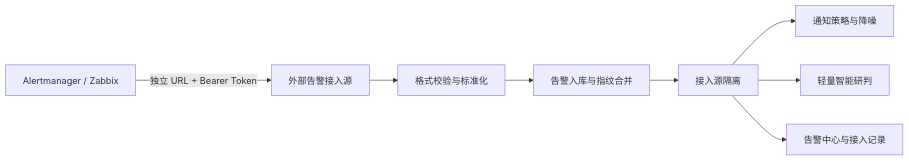
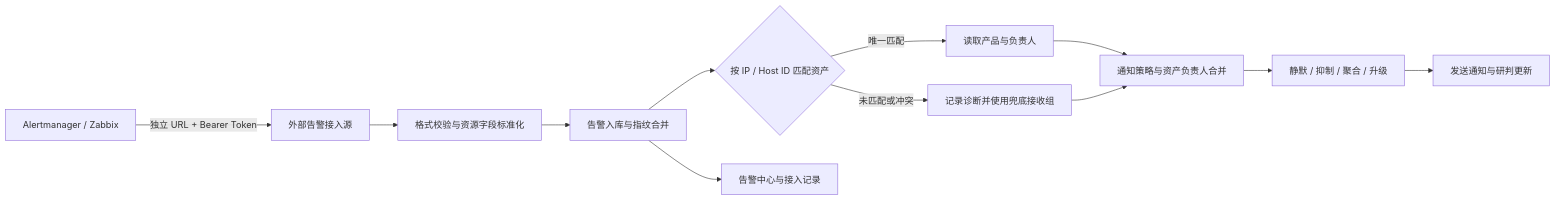
The diagram in docs/外部告警接入方案.md (zhang410781/xingcloud), drawn with Mermaid before and after one commit. The commit also changed other lines of this file and 25 other files, not shown here.

````diff
--- a/docs/外部告警接入方案.md
+++ b/docs/外部告警接入方案.md
@@ -9,10 +11,14 @@
 ```mermaid
 flowchart LR
     A[Alertmanager / Zabbix] -->|独立 URL + Bearer Token| B[外部告警接入源]
-    B --> C[格式校验与标准化]
+    B --> C[格式校验与资源字段标准化]
     C --> D[告警入库与指纹合并]
-    D --> E[接入源隔离]
-    E --> F[通知策略与降噪]
-    E --> G[轻量智能研判]
-    E --> H[告警中心与接入记录]
+    D --> E{按 IP / Host ID 匹配资产}
+    E -->|唯一匹配| F[读取产品与负责人]
+    E -->|未匹配或冲突| G[记录诊断并使用兜底接收组]
+    F --> H[通知策略与资产负责人合并]
+    G --> H
+    H --> I[静默 / 抑制 / 聚合 / 升级]
+    I --> J[发送通知与研判更新]
+    D --> K[告警中心与接入记录]
 ```
````
